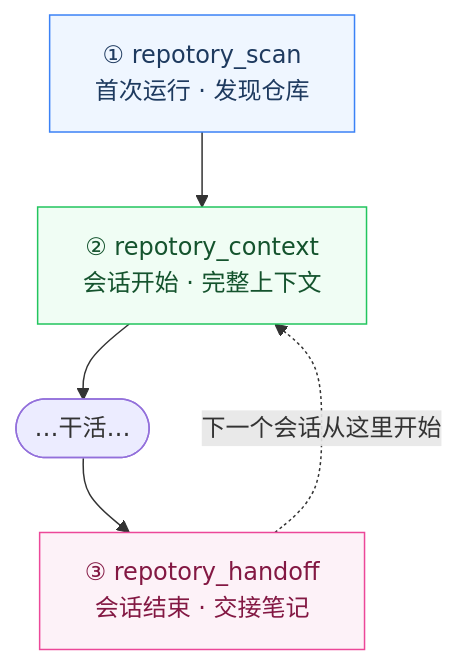
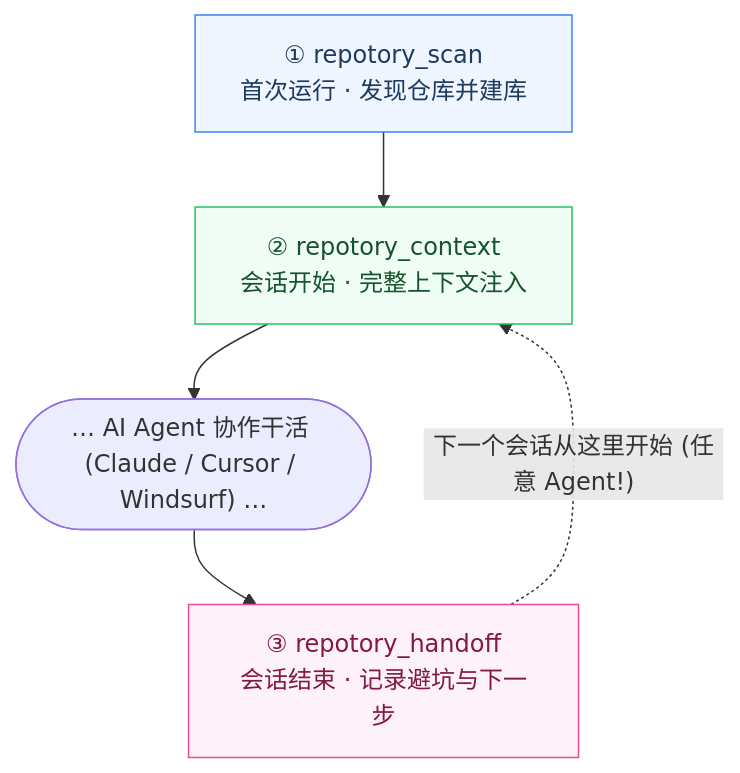
One commit to sky-jiangcheng/repotory changed the diagram in README.zh-CN.md. Above: the diagram before and after it, drawn with Mermaid. The commit also changed other lines of this file and 3 other files, not shown here.

````diff
--- a/README.zh-CN.md
+++ b/README.zh-CN.md
@@ -87,13 +92,14 @@
 ```mermaid
 flowchart TB
-    SCAN["① repotory_scan<br/>首次运行 · 发现仓库"] --> CTX["② repotory_context<br/>会话开始 · 完整上下文"]
-    CTX --> WORK(["…干活…"])
-    WORK --> HAND["③ repotory_handoff<br/>会话结束 · 交接笔记"]
-    HAND -.->|"下一个会话从这里开始"| CTX
+    SCAN["① repotory_scan<br/>首次运行 · 发现仓库并建库"] --> CTX["② repotory_context<br/>会话开始 · 完整上下文注入"]
+    CTX --> WORK(["… AI Agent 协作干活 (Claude / Cursor / Windsurf) …"])
+    WORK --> HAND["③ repotory_handoff<br/>会话结束 · 记录避坑与下一步"]
+    HAND -.->|"下一个会话从这里开始 (任意 Agent!)"| CTX
+
     classDef entry fill:#eff6ff,stroke:#3b82f6,color:#1e3a5f
     classDef ctx fill:#f0fdf4,stroke:#22c55e,color:#14532d
     classDef rec fill:#fdf2f8,stroke:#ec4899,color:#831843
     class SCAN entry
     class CTX ctx
     class HAND rec
 ```
````
